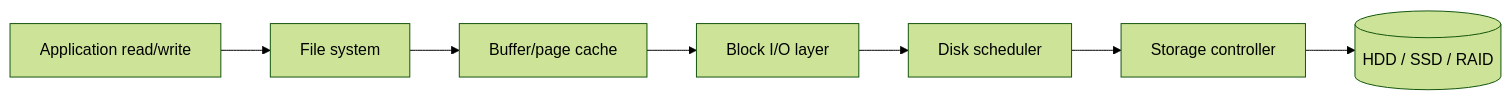
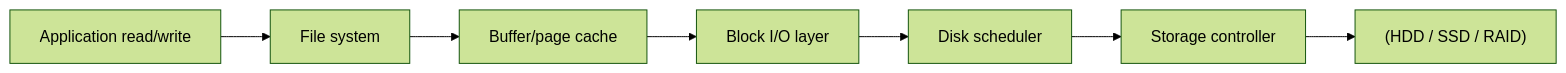
The diagram in docs/cs/operating-systems/mass-storage-raid.md (justinbrianhwang/SJ-wiki), drawn with Mermaid (forest theme) before and after one commit. The commit also changed 216 other files, not shown here.

Commit message:
Quote Mermaid node/edge labels with special characters to prevent client-side parse errors

````diff
--- a/docs/cs/operating-systems/mass-storage-raid.md
+++ b/docs/cs/operating-systems/mass-storage-raid.md
@@ -77,9 +77,9 @@
 ```mermaid
 flowchart LR
   App[Application read/write] --> FS[File system]
   FS --> Cache[Buffer/page cache]
   Cache --> Block[Block I/O layer]
   Block --> Sched[Disk scheduler]
   Sched --> Ctrl[Storage controller]
-  Ctrl --> Disk[(HDD / SSD / RAID)]
+  Ctrl --> Disk["(HDD / SSD / RAID)"]
 ```
````
